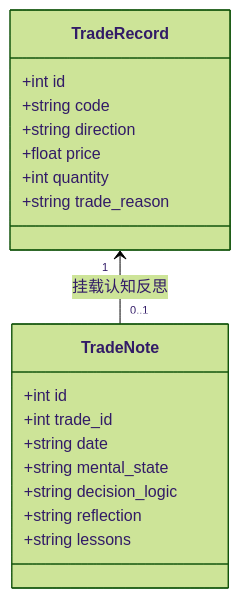
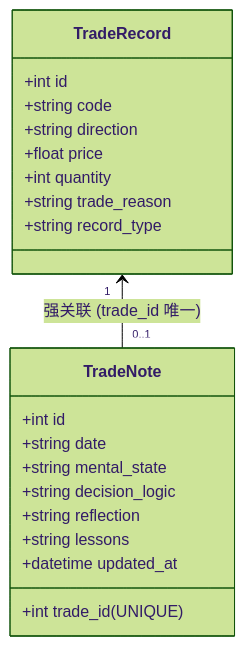
The third of 4 diagrams in 开发文档/20-G1-M3交易记录与持仓管理技术设计单.md (siyuwha/zhijian), drawn with Mermaid (forest theme) before and after one commit. The commit also changed other lines of this file, not shown here.

````diff
--- a/开发文档/20-G1-M3交易记录与持仓管理技术设计单.md
+++ b/开发文档/20-G1-M3交易记录与持仓管理技术设计单.md
@@ -285,21 +315,23 @@
 ```mermaid
 classDiagram
     class TradeRecord {
         +int id
         +string code
         +string direction
         +float price
         +int quantity
         +string trade_reason
+        +string record_type
     }
     class TradeNote {
         +int id
-        +int trade_id
+        +int trade_id (UNIQUE)
         +string date
         +string mental_state
         +string decision_logic
         +string reflection
         +string lessons
+        +datetime updated_at
     }
-    TradeRecord "1" <-- "0..1" TradeNote : 挂载认知反思
+    TradeRecord "1" <-- "0..1" TradeNote : 强关联 (trade_id 唯一)
 ```
````
